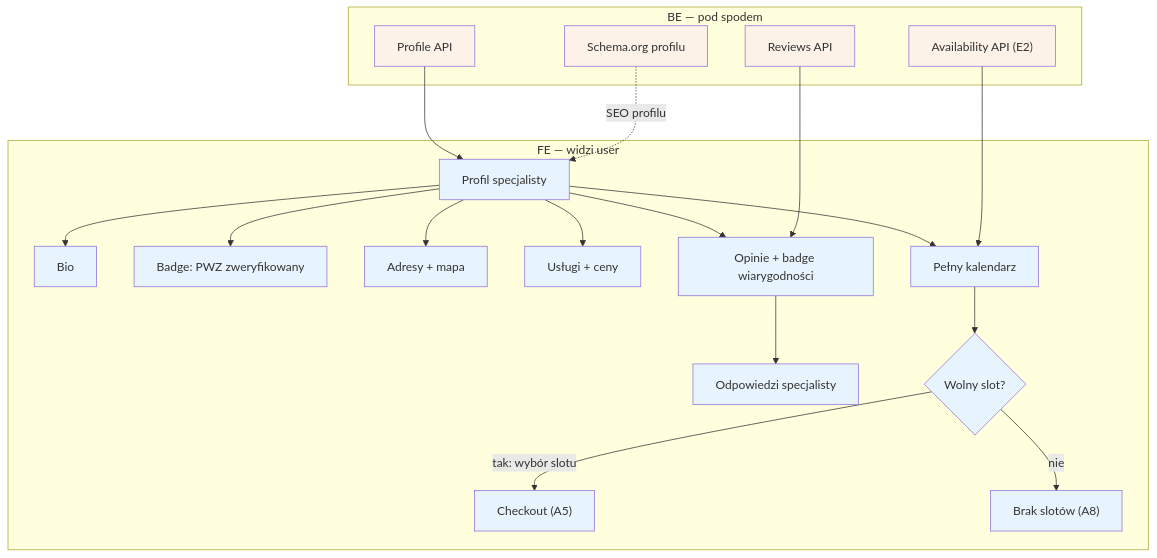
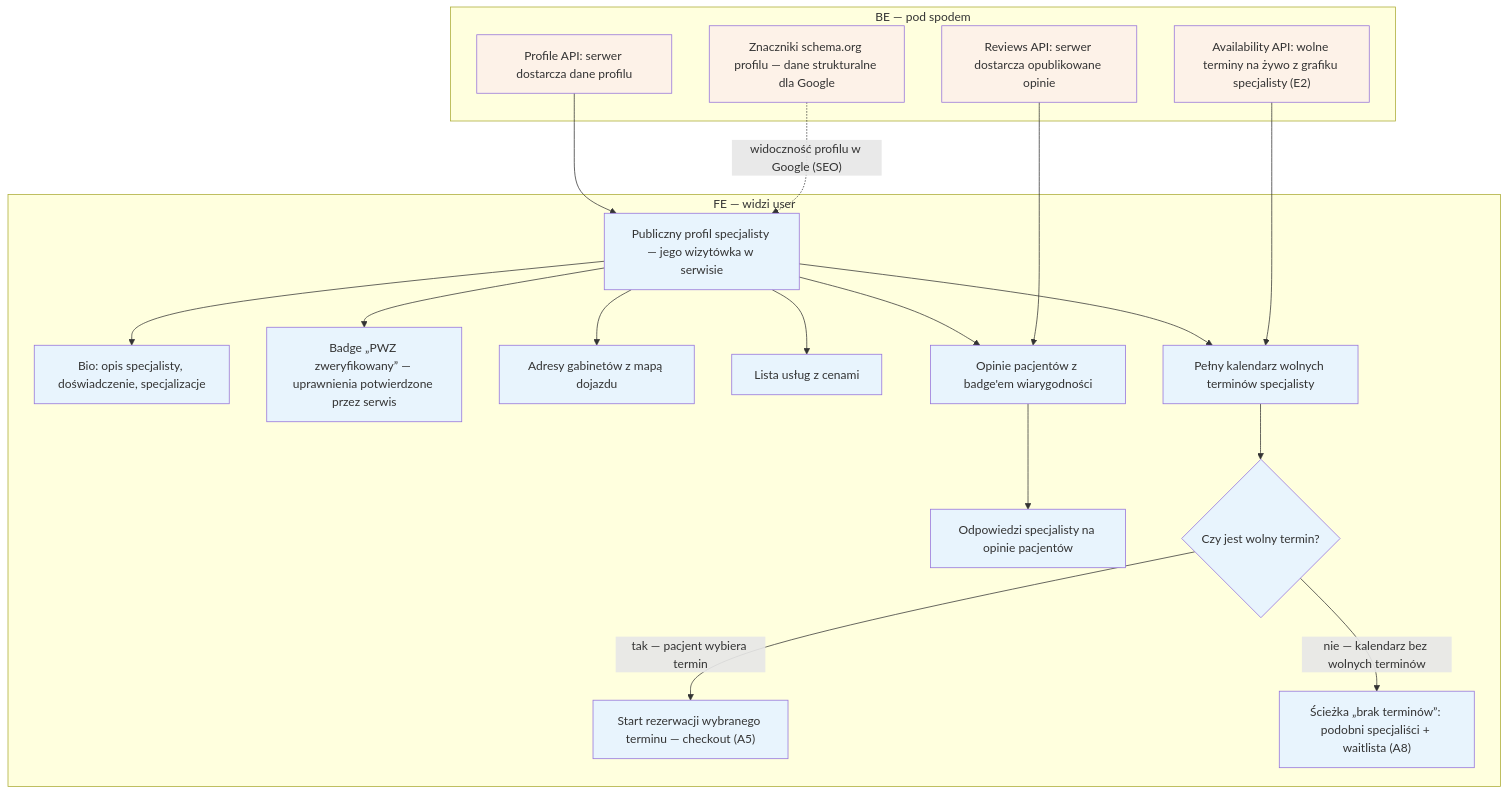
One commit to QooperBoy/medivo_portal changed the diagram in diagrams/a-pacjent-public/a4-profil-specjalisty.md. Above: the diagram before and after it, drawn with Mermaid. The commit also changed other lines of this file and 47 other files, not shown here.

First line of the commit message:
czytelnosc: pelne etykiety + sekcje Aktorzy i Objasnienie blokow (23 diagramy)

````diff
--- a/diagrams/a-pacjent-public/a4-profil-specjalisty.md
+++ b/diagrams/a-pacjent-public/a4-profil-specjalisty.md
@@ -3,43 +3,43 @@
 ```mermaid
 flowchart TD
     subgraph FE["FE — widzi user"]
-        PROFIL["Profil specjalisty"]
-        BIO["Bio"]
-        BADGE["Badge: PWZ zweryfikowany"]
-        ADRESY["Adresy + mapa"]
-        USLUGI["Usługi + ceny"]
-        KALENDARZ["Pełny kalendarz"]
-        OPINIE["Opinie + badge wiarygodności"]
-        ODPOW["Odpowiedzi specjalisty"]
-        SLOT{"Wolny slot?"}
-        A5LINK["Checkout (A5)"]
-        A8LINK["Brak slotów (A8)"]
+        PROFIL["Publiczny profil specjalisty — jego wizytówka w serwisie"]
+        BIO["Bio: opis specjalisty, doświadczenie, specjalizacje"]
+        BADGE["Badge „PWZ zweryfikowany” — uprawnienia potwierdzone przez serwis"]
+        ADRESY["Adresy gabinetów z mapą dojazdu"]
+        USLUGI["Lista usług z cenami"]
+        KALENDARZ["Pełny kalendarz wolnych terminów specjalisty"]
+        OPINIE["Opinie pacjentów z badge'em wiarygodności"]
+        ODPOW["Odpowiedzi specjalisty na opinie pacjentów"]
+        SLOT{"Czy jest wolny termin?"}
+        A5LINK["Start rezerwacji wybranego terminu — checkout (A5)"]
+        A8LINK["Ścieżka „brak terminów”: podobni specjaliści + waitlista (A8)"]
     end
 
     subgraph BE["BE — pod spodem"]
-        PROFAPI["Profile API"]
-        REVAPI["Reviews API"]
-        AVAILAPI["Availability API (E2)"]
-        SCHEMA["Schema.org profilu"]
+        PROFAPI["Profile API: serwer dostarcza dane profilu"]
+        REVAPI["Reviews API: serwer dostarcza opublikowane opinie"]
+        AVAILAPI["Availability API: wolne terminy na żywo z grafiku specjalisty (E2)"]
+        SCHEMA["Znaczniki schema.org profilu — dane strukturalne dla Google"]
     end
 
     PROFAPI --> PROFIL
-    SCHEMA -.->|"SEO profilu"| PROFIL
+    SCHEMA -.->|"widoczność profilu w Google (SEO)"| PROFIL
     PROFIL --> BIO
     PROFIL --> BADGE
     PROFIL --> ADRESY
     PROFIL --> USLUGI
     PROFIL --> KALENDARZ
     PROFIL --> OPINIE
     REVAPI --> OPINIE
     OPINIE --> ODPOW
     AVAILAPI --> KALENDARZ
     KALENDARZ --> SLOT
-    SLOT -->|"tak: wybór slotu"| A5LINK
-    SLOT -->|"nie"| A8LINK
+    SLOT -->|"tak — pacjent wybiera termin"| A5LINK
+    SLOT -->|"nie — kalendarz bez wolnych terminów"| A8LINK
 
     classDef fe fill:#e8f4fd
     classDef be fill:#fdf2e8
     class PROFIL,BIO,BADGE,ADRESY,USLUGI,KALENDARZ,OPINIE,ODPOW,SLOT,A5LINK,A8LINK fe
     class PROFAPI,REVAPI,AVAILAPI,SCHEMA be
 ```
````
